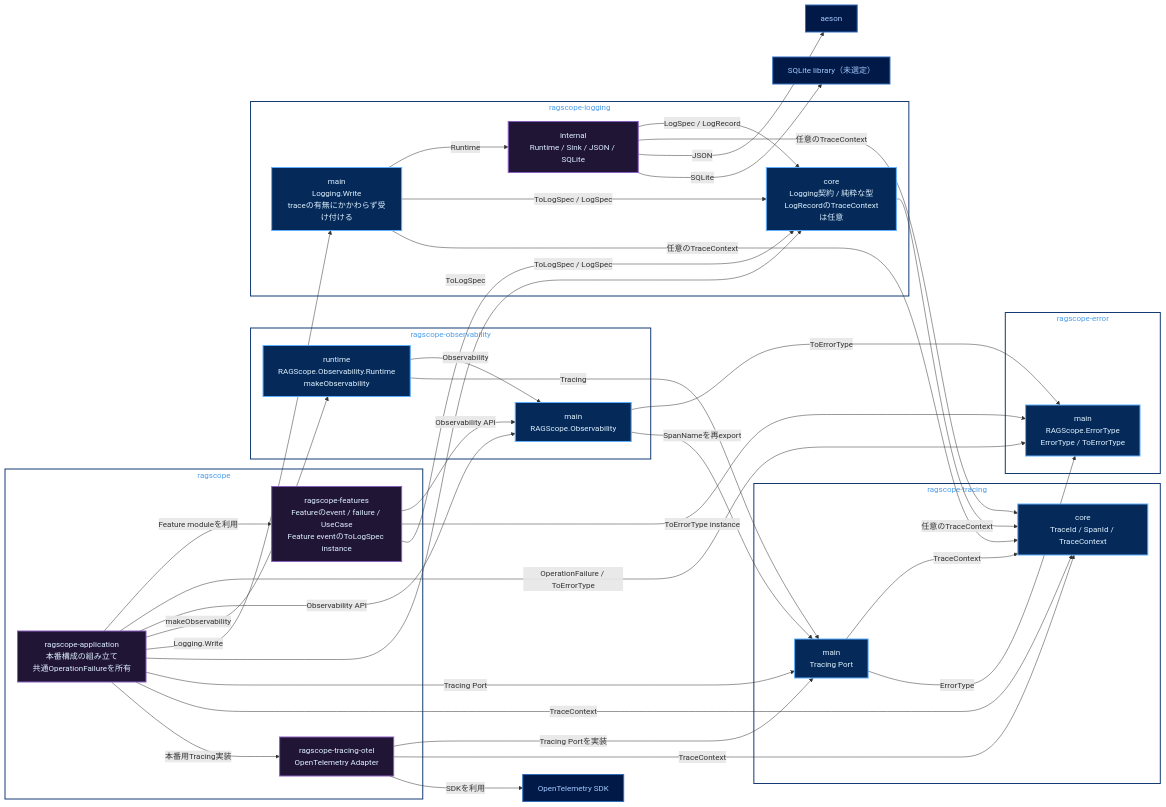
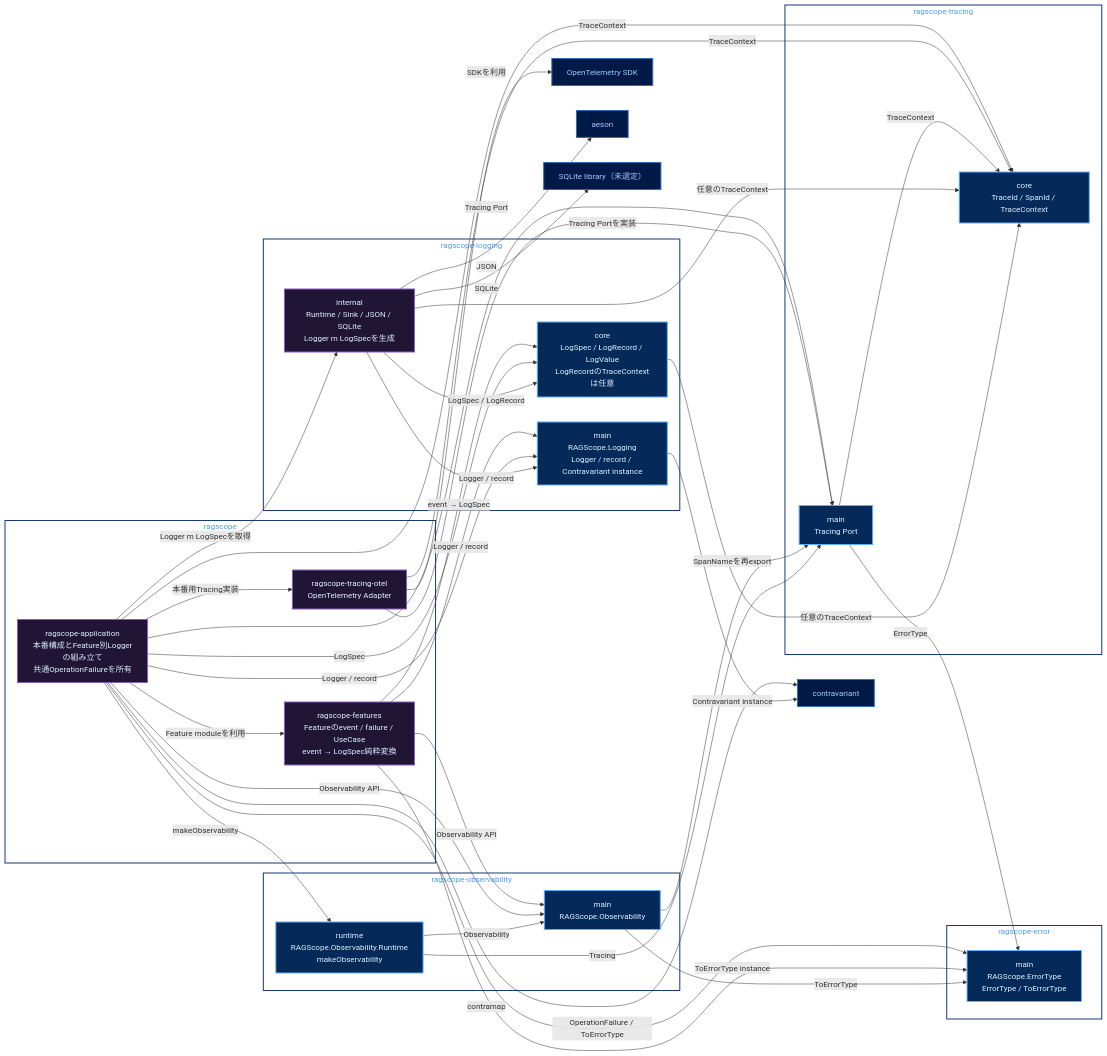
Before and after one commit to takashit16833/Workbench: the diagram in Notes/RAGScope/RAGScopeアプリケーション/実行追跡・構造化ログ静的依存図.md, drawn with Mermaid. The commit also changed other lines of this file, not shown here.

Commit message:
docs: sync RS-0022 typed logger design

````diff
--- a/Notes/RAGScope/RAGScopeアプリケーション/実行追跡・構造化ログ静的依存図.md
+++ b/Notes/RAGScope/RAGScopeアプリケーション/実行追跡・構造化ログ静的依存図.md
@@ -25,82 +25,72 @@
 ```mermaid
 flowchart LR
     subgraph pkg_ragscope["ragscope"]
-        features["ragscope-features<br/>Featureのevent / failure / UseCase<br/>Feature eventのToLogSpec instance"]
-        application["ragscope-application<br/>本番構成の組み立て<br/>共通OperationFailureを所有"]
+        features["ragscope-features<br/>Featureのevent / failure / UseCase<br/>event → LogSpec純粋変換"]
+        application["ragscope-application<br/>本番構成とFeature別Loggerの組み立て<br/>共通OperationFailureを所有"]
         tracing_otel["ragscope-tracing-otel<br/>OpenTelemetry Adapter"]
     end
-
     subgraph pkg_error["ragscope-error"]
         error_main["main<br/>RAGScope.ErrorType<br/>ErrorType / ToErrorType"]
     end
-
     subgraph pkg_obs["ragscope-observability"]
         obs_main["main<br/>RAGScope.Observability"]
         obs_runtime["runtime<br/>RAGScope.Observability.Runtime<br/>makeObservability"]
     end
-
     subgraph pkg_tracing["ragscope-tracing"]
         trace_main["main<br/>Tracing Port"]
         trace_core["core<br/>TraceId / SpanId / TraceContext"]
     end
-
     subgraph pkg_logging["ragscope-logging"]
-        log_core["core<br/>Logging契約 / 純粋な型<br/>LogRecordのTraceContextは任意"]
-        log_main["main<br/>Logging.Write<br/>traceの有無にかかわらず受け付ける"]
-        log_internal["internal<br/>Runtime / Sink / JSON / SQLite"]
+        log_core["core<br/>LogSpec / LogRecord / LogValue<br/>LogRecordのTraceContextは任意"]
+        log_main["main<br/>RAGScope.Logging<br/>Logger / record / Contravariant instance"]
+        log_internal["internal<br/>Runtime / Sink / JSON / SQLite<br/>Logger m LogSpecを生成"]
     end
-
+    contravariant["contravariant"]
     otel_sdk["OpenTelemetry SDK"]
     aeson["aeson"]
     sqlite_lib["SQLite library（未選定）"]
 
     application -->|Feature moduleを利用| features
     application -->|OperationFailure / ToErrorType| error_main
     features -->|Observability API| obs_main
     features -->|ToErrorType instance| error_main
-    features -->|ToLogSpec / LogSpec| log_core
-
+    features -->|Logger / record| log_main
+    features -->|event → LogSpec| log_core
     application -->|Observability API| obs_main
     application -->|makeObservability| obs_runtime
-    application -->|Logging.Write| log_main
-    application -->|ToLogSpec| log_core
+    application -->|Logger / record| log_main
+    application -->|LogSpec| log_core
+    application -->|Logger m LogSpecを取得| log_internal
+    application -->|contramap| contravariant
     application -->|Tracing Port| trace_main
     application -->|TraceContext| trace_core
     application -->|本番用Tracing実装| tracing_otel
-
     tracing_otel -->|Tracing Portを実装| trace_main
     tracing_otel -->|TraceContext| trace_core
     tracing_otel -->|SDKを利用| otel_sdk
-
     obs_main -->|ToErrorType| error_main
     obs_main -->|SpanNameを再export| trace_main
-
     obs_runtime -->|Observability| obs_main
     obs_runtime -->|Tracing| trace_main
-
     trace_main -->|TraceContext| trace_core
     trace_main -->|ErrorType| error_main
-
-    log_main -->|Runtime| log_internal
-    log_main -->|ToLogSpec / LogSpec| log_core
-    log_main -->|任意のTraceContext| trace_core
+    log_main -->|Contravariant instance| contravariant
+    log_internal -->|Logger / record| log_main
     log_internal -->|LogSpec / LogRecord| log_core
     log_internal -->|任意のTraceContext| trace_core
     log_internal -->|JSON| aeson
     log_internal -->|SQLite| sqlite_lib
     log_core -->|任意のTraceContext| trace_core
 
     classDef public fill:#052A59,stroke:#5EAFFF,color:#DDF0FF,stroke-width:2px
     classDef private fill:#211536,stroke:#8A5EC0,color:#DDF0FF,stroke-width:2px
     classDef external fill:#001947,stroke:#316CBD,color:#A6CAFF,stroke-width:2px
-
     class error_main,obs_main,obs_runtime,trace_main,trace_core,log_core,log_main public
     class features,application,tracing_otel,log_internal private
-    class otel_sdk,aeson,sqlite_lib external
-
+    class contravariant,otel_sdk,aeson,sqlite_lib external
     style pkg_ragscope fill:transparent,stroke:#153A75,color:#4C9EEB,stroke-width:2px
     style pkg_error fill:transparent,stroke:#153A75,color:#4C9EEB,stroke-width:2px
     style pkg_obs fill:transparent,stroke:#153A75,color:#4C9EEB,stroke-width:2px
     style pkg_tracing fill:transparent,stroke:#153A75,color:#4C9EEB,stroke-width:2px
     style pkg_logging fill:transparent,stroke:#153A75,color:#4C9EEB,stroke-width:2px
 ```
````
